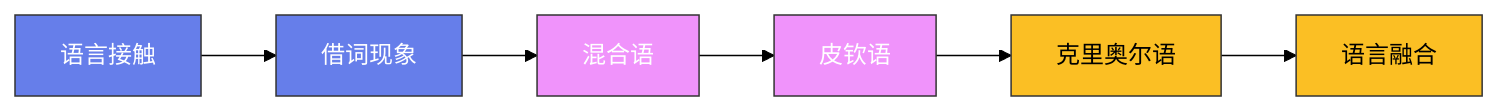
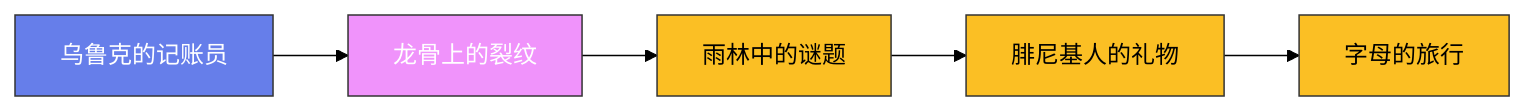
One commit to Fengur/Fengur.github.io changed the diagram in content/posts/ModelCreate/语言学/11-文字的起源.md. Above: the diagram before and after it, drawn with Mermaid (forest theme). The commit also changed other lines of this file and 505 other files, not shown here.

First line of the commit message:
content(blog): ModelCreate 全站质量修复——front matter 补全、占位图修复、事实错误修正、注水文重写

````diff
--- a/content/posts/ModelCreate/语言学/11-文字的起源.md
+++ b/content/posts/ModelCreate/语言学/11-文字的起源.md
@@ -35,16 +38,21 @@
 ```mermaid
 graph LR
-    A["语言接触"] --> B["借词现象"]
-    B --> C["混合语"]
-    C --> D["皮钦语"]
-    D --> E["克里奥尔语"]
-    E --> F["语言融合"]
+    A["乌鲁克的记账员"]
+    B["龙骨上的裂纹"]
+    C["雨林中的谜题"]
+    D["腓尼基人的礼物"]
+    E["字母的旅行"]
+
+    A --> B
+    B --> C
+    C --> D
+    D --> E
 
     classDef early fill:#667eea,stroke:#333,color:white
     classDef mid fill:#f093fb,stroke:#333,color:white
     classDef modern fill:#fbbf24,stroke:#333,color:black
 
-    class A,B early
-    class C,D mid
-    class E,F modern
+    class A early
+    class B mid
+    class C,D,E modern
 ```
````
